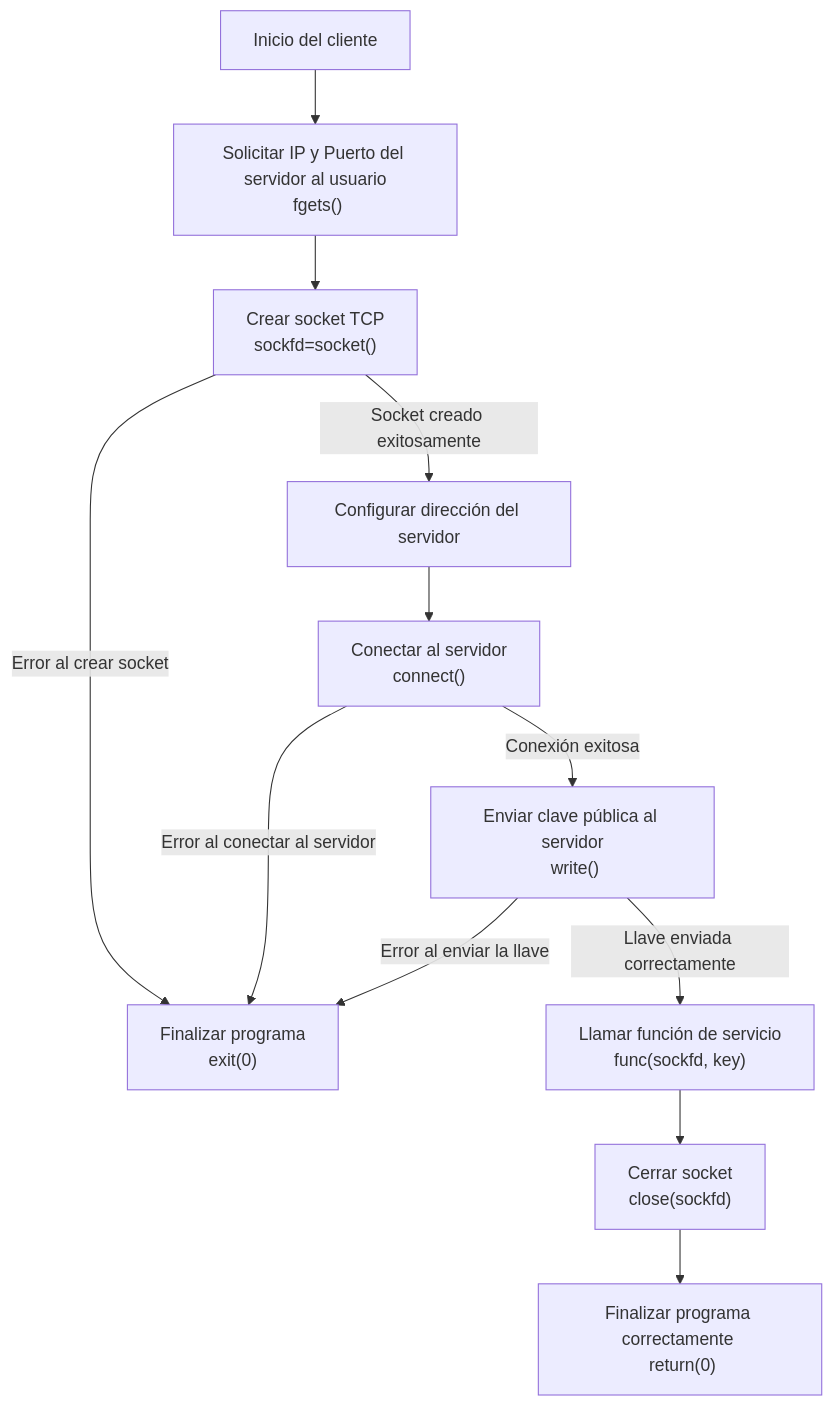
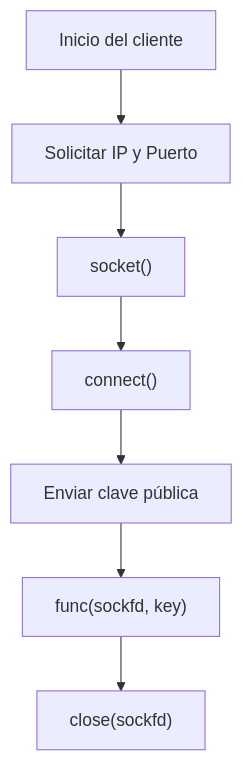
One commit to ascatena/Tcp-Client-Server-Network-Design changed the third of 3 diagrams in README.md. Above: the diagram before and after it, drawn with Mermaid. The commit also changed other lines of this file, not shown here.

Commit message:
Actualización del indice del README.

````diff
--- a/README.md
+++ b/README.md
@@ -575,18 +232,10 @@
-``` mermaid
+```mermaid
 graph TD
     A[Inicio del cliente]
-    A --> B["Solicitar IP y Puerto del servidor al usuario\n fgets()"]
-    B --> C["Crear socket TCP\n sockfd=socket()"]
-    C -->|Socket creado exitosamente| D[Configurar dirección del servidor]
-    C -->|Error al crear socket| Z["Finalizar programa\n exit(0)"]
-
-    D --> E["Conectar al servidor\n connect()"]
-    E -->|Conexión exitosa| F["Enviar clave pública al servidor\n write()"]
-    E -->|Error al conectar al servidor| Z
-
-    F -->|Llave enviada correctamente| G["Llamar función de servicio \n func(sockfd, key)"]
-    F -->|Error al enviar la llave| Z
-    
-    G --> N["Cerrar socket\n close(sockfd)"]
-    N --> O["Finalizar programa correctamente \n return(0)"]
+    A --> B["Solicitar IP y Puerto"]
+    B --> C["socket()"]
+    C --> D["connect()"]
+    D --> E["Enviar clave pública"]
+    E --> F["func(sockfd, key)"]
+    F --> G["close(sockfd)"]
 ```
````
